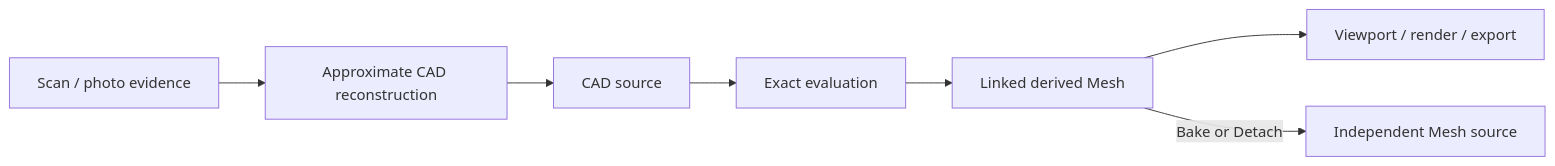
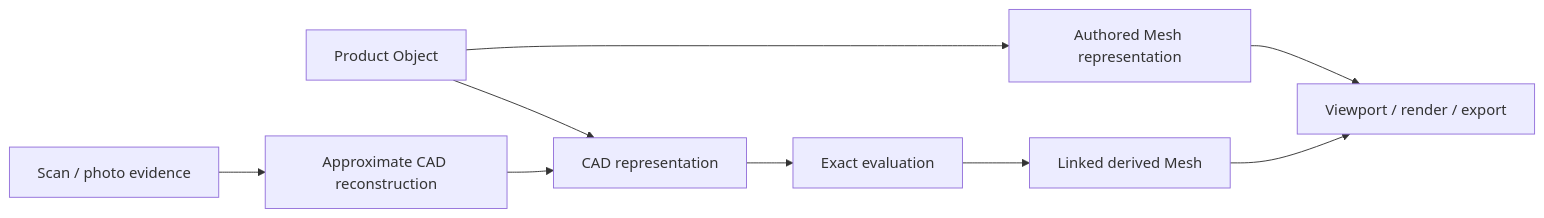
One commit to 1amageek/Rupa changed the ninth of 12 diagrams in Rupa/PHILOSOPHY.md. Above: the diagram before and after it, drawn with Mermaid. The commit also changed other lines of this file and 50 other files, not shown here.

Commit message:
Define multi-representation source authority

````diff
--- a/Rupa/PHILOSOPHY.md
+++ b/Rupa/PHILOSOPHY.md
@@ -234,9 +235,11 @@
 ```mermaid
 flowchart LR
-    CAD["CAD source"] --> Exact["Exact evaluation"]
+    Object["Product Object"] --> CAD["CAD representation"]
+    Object --> MeshSource["Authored Mesh representation"]
+    CAD --> Exact["Exact evaluation"]
     Exact --> Mesh["Linked derived Mesh"]
     Mesh --> Render["Viewport / render / export"]
-    Mesh -->|"Bake or Detach"| MeshSource["Independent Mesh source"]
+    MeshSource --> Render
     Capture["Scan / photo evidence"] --> Reconstruction["Approximate CAD reconstruction"]
     Reconstruction --> CAD
 ```
````
